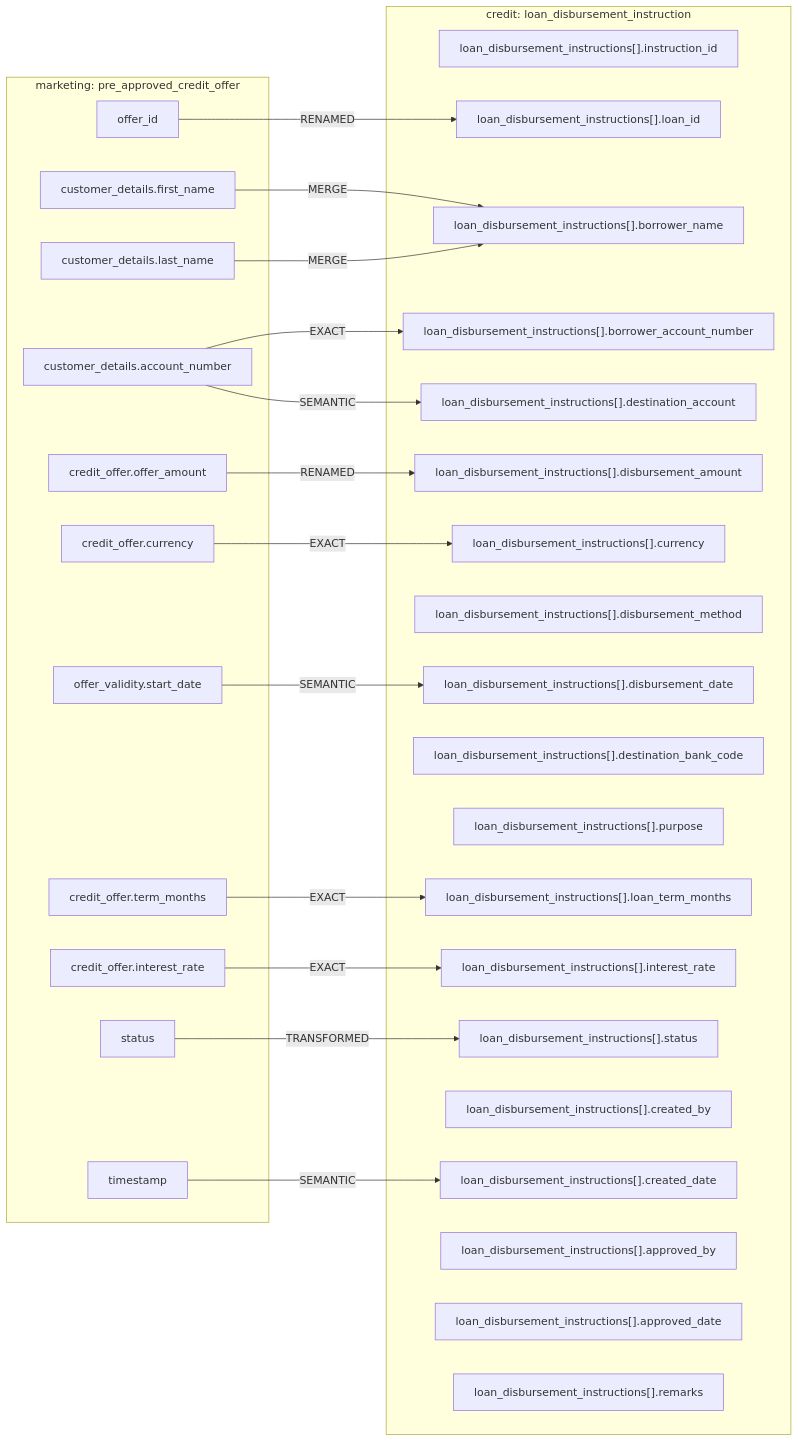
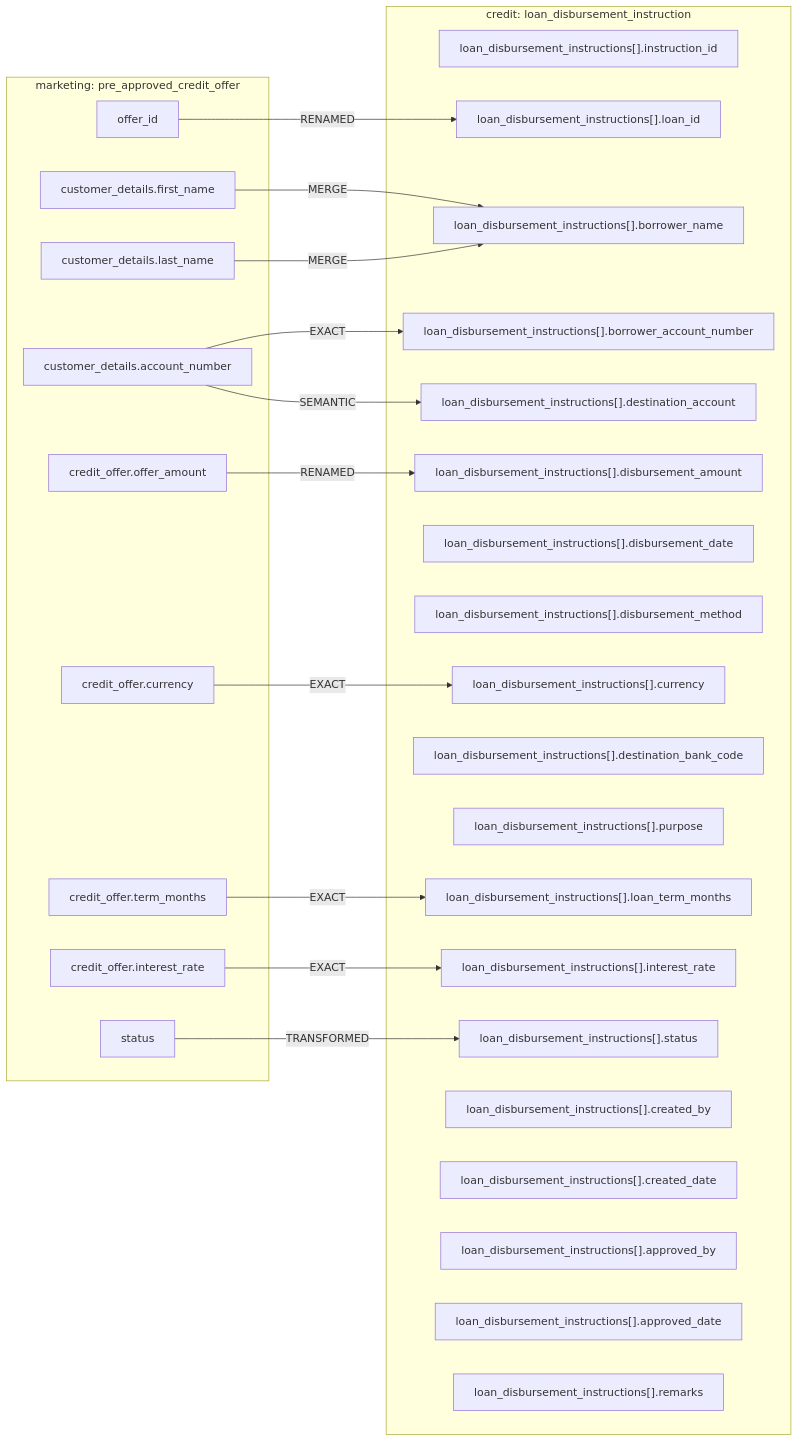
The diagram in mermaids/credit/accounts/loan_disbursement_instruction__from__marketing__pre_approved_credit_offer.mmd (MAKWilkinson/HSBC-Data-Fabric-PoC-v2), drawn with Mermaid before and after one commit. The commit also changed 257 other files, not shown here.

```diff
--- a/mermaids/credit/accounts/loan_disbursement_instruction__from__marketing__pre_approved_credit_offer.mmd
+++ b/mermaids/credit/accounts/loan_disbursement_instruction__from__marketing__pre_approved_credit_offer.mmd
@@ -1,47 +1,43 @@
 flowchart LR
   subgraph IN["marketing: pre_approved_credit_offer"]
     in_offer_id["offer_id"]
     in_customer_details_first_name["customer_details.first_name"]
     in_customer_details_last_name["customer_details.last_name"]
     in_customer_details_account_number["customer_details.account_number"]
     in_credit_offer_offer_amount["credit_offer.offer_amount"]
     in_credit_offer_currency["credit_offer.currency"]
-    in_offer_validity_start_date["offer_validity.start_date"]
     in_credit_offer_term_months["credit_offer.term_months"]
     in_credit_offer_interest_rate["credit_offer.interest_rate"]
     in_status["status"]
-    in_timestamp["timestamp"]
   end
   subgraph OUT["credit: loan_disbursement_instruction"]
     out_loan_disbursement_instructions___instruction_id["loan_disbursement_instructions[].instruction_id"]
     out_loan_disbursement_instructions___loan_id["loan_disbursement_instructions[].loan_id"]
     out_loan_disbursement_instructions___borrower_name["loan_disbursement_instructions[].borrower_name"]
     out_loan_disbursement_instructions___borrower_account_number["loan_disbursement_instructions[].borrower_account_number"]
     out_loan_disbursement_instructions___disbursement_amount["loan_disbursement_instructions[].disbursement_amount"]
     out_loan_disbursement_instructions___currency["loan_disbursement_instructions[].currency"]
     out_loan_disbursement_instructions___disbursement_date["loan_disbursement_instructions[].disbursement_date"]
     out_loan_disbursement_instructions___disbursement_method["loan_disbursement_instructions[].disbursement_method"]
     out_loan_disbursement_instructions___destination_account["loan_disbursement_instructions[].destination_account"]
     out_loan_disbursement_instructions___destination_bank_code["loan_disbursement_instructions[].destination_bank_code"]
     out_loan_disbursement_instructions___purpose["loan_disbursement_instructions[].purpose"]
     out_loan_disbursement_instructions___loan_term_months["loan_disbursement_instructions[].loan_term_months"]
     out_loan_disbursement_instructions___interest_rate["loan_disbursement_instructions[].interest_rate"]
     out_loan_disbursement_instructions___status["loan_disbursement_instructions[].status"]
     out_loan_disbursement_instructions___created_by["loan_disbursement_instructions[].created_by"]
     out_loan_disbursement_instructions___created_date["loan_disbursement_instructions[].created_date"]
     out_loan_disbursement_instructions___approved_by["loan_disbursement_instructions[].approved_by"]
     out_loan_disbursement_instructions___approved_date["loan_disbursement_instructions[].approved_date"]
     out_loan_disbursement_instructions___remarks["loan_disbursement_instructions[].remarks"]
   end
   in_offer_id -->|RENAMED| out_loan_disbursement_instructions___loan_id
   in_customer_details_first_name -->|MERGE| out_loan_disbursement_instructions___borrower_name
   in_customer_details_last_name -->|MERGE| out_loan_disbursement_instructions___borrower_name
   in_customer_details_account_number -->|EXACT| out_loan_disbursement_instructions___borrower_account_number
   in_credit_offer_offer_amount -->|RENAMED| out_loan_disbursement_instructions___disbursement_amount
   in_credit_offer_currency -->|EXACT| out_loan_disbursement_instructions___currency
-  in_offer_validity_start_date -->|SEMANTIC| out_loan_disbursement_instructions___disbursement_date
   in_customer_details_account_number -->|SEMANTIC| out_loan_disbursement_instructions___destination_account
   in_credit_offer_term_months -->|EXACT| out_loan_disbursement_instructions___loan_term_months
   in_credit_offer_interest_rate -->|EXACT| out_loan_disbursement_instructions___interest_rate
   in_status -->|TRANSFORMED| out_loan_disbursement_instructions___status
-  in_timestamp -->|SEMANTIC| out_loan_disbursement_instructions___created_date
```
